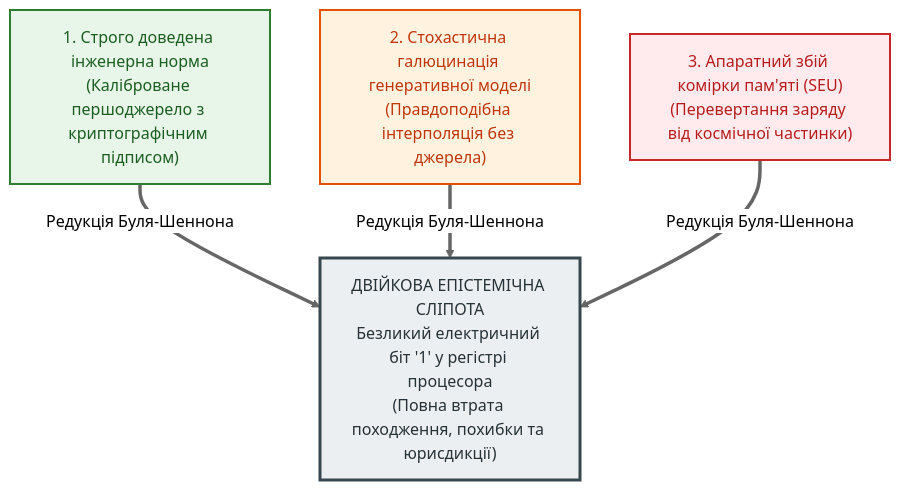
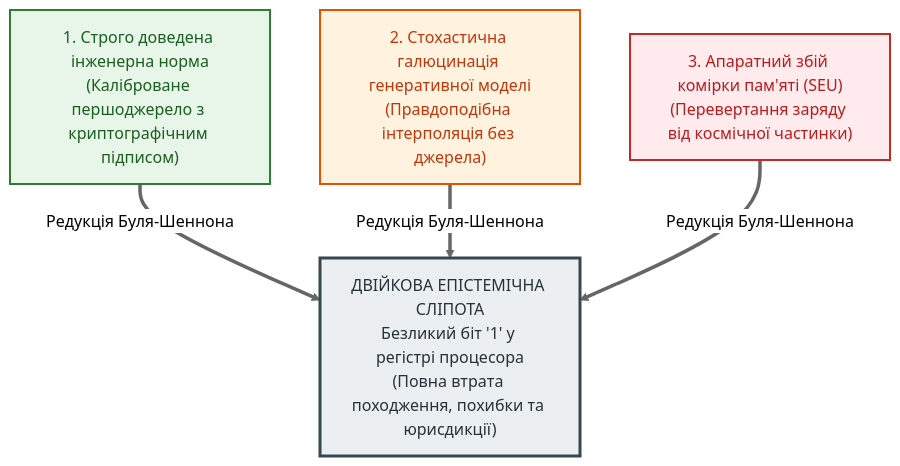
Before and after one commit to nick-fedchik/articles: the first of 2 diagrams in Epistemic_Circuit_Theory/ch01-manifesto-and-epistemic-gap.md, drawn with Mermaid (neutral theme). The commit also changed other lines of this file and 10 other files, not shown here.

````diff
--- a/Epistemic_Circuit_Theory/ch01-manifesto-and-epistemic-gap.md
+++ b/Epistemic_Circuit_Theory/ch01-manifesto-and-epistemic-gap.md
@@ -59,25 +59,25 @@
 ```mermaid
 flowchart TD
     accTitle: Рисунок 1.1. Феномен двійкової епістемічної сліпоти після редукції Буля та Шеннона
     accDescr: Три принципово різні за своєю природою явища — доведена норма стандарту, стохастична галюцинація мовної моделі та радіаційний збій комірки пам'яті — редукуються до одного нерозрізненного біта 1.
 
     Axiom["1. Строго доведена інженерна норма\n(Каліброване першоджерело з криптографічним підписом)"]
     Hallucination["2. Стохастична галюцинація генеративної моделі\n(Правдоподібна інтерполяція без джерела)"]
     Fault["3. Апаратний збій комірки пам'яті (SEU)\n(Перевертання заряду від космічної частинки)"]
 
-    Bit["ДВІЙКОВА ЕПІСТЕМІЧНА СЛІПОТА\nБезликий електричний біт '1' у регістрі процесора\n(Повна втрата походження, похибки та юрисдикції)"]
+    Bit["ДВІЙКОВА ЕПІСТЕМІЧНА СЛІПОТА\nБезликий біт '1' у регістрі процесора\n(Повна втрата походження, похибки та юрисдикції)"]
 
     Axiom ==>|"Редукція Буля-Шеннона"| Bit
     Hallucination ==>|"Редукція Буля-Шеннона"| Bit
     Fault ==>|"Редукція Буля-Шеннона"| Bit
 
     classDef okStyle fill:#e8f5e9,stroke:#2e7d32,stroke-width:2px,color:#1b5e20;
     classDef warnStyle fill:#fff3e0,stroke:#e65100,stroke-width:2px,color:#bf360c;
     classDef errStyle fill:#ffebee,stroke:#c62828,stroke-width:2px,color:#b71c1c;
     classDef blindStyle fill:#eceff1,stroke:#37474f,stroke-width:3px,color:#263238;
 
     class Axiom okStyle;
     class Hallucination warnStyle;
     class Fault errStyle;
     class Bit blindStyle;
 ```
````
